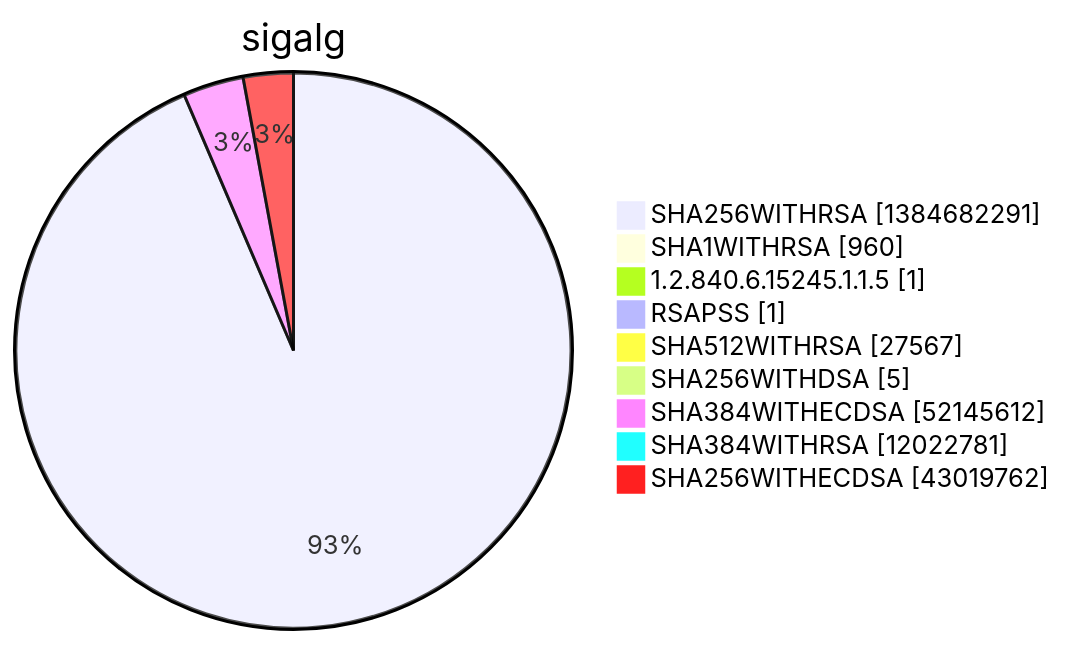
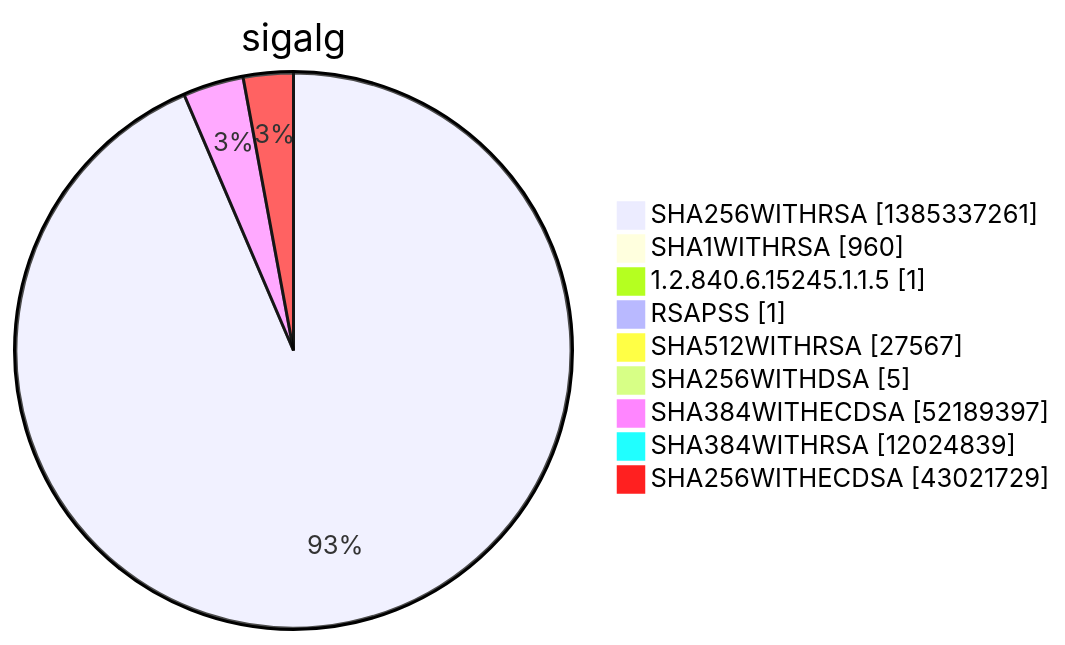
One commit to christiankrug/ctmonitor_visualization changed diagram 15 of 15 in argon2022/README.md. Above: the diagram before and after it, drawn with Mermaid. The commit also changed other lines of this file, not shown here.

````diff
--- a/argon2022/README.md
+++ b/argon2022/README.md
@@ -5524,13 +5524,13 @@
 ```mermaid
 pie showData
 title sigalg
-"SHA256WITHRSA" :1384682291
+"SHA256WITHRSA" :1385337261
 "SHA1WITHRSA" :960
 "1.2.840.6.15245.1.1.5" :1
 "RSAPSS" :1
 "SHA512WITHRSA" :27567
 "SHA256WITHDSA" :5
-"SHA384WITHECDSA" :52145612
-"SHA384WITHRSA" :12022781
-"SHA256WITHECDSA" :43019762
+"SHA384WITHECDSA" :52189397
+"SHA384WITHRSA" :12024839
+"SHA256WITHECDSA" :43021729
 ```
````
